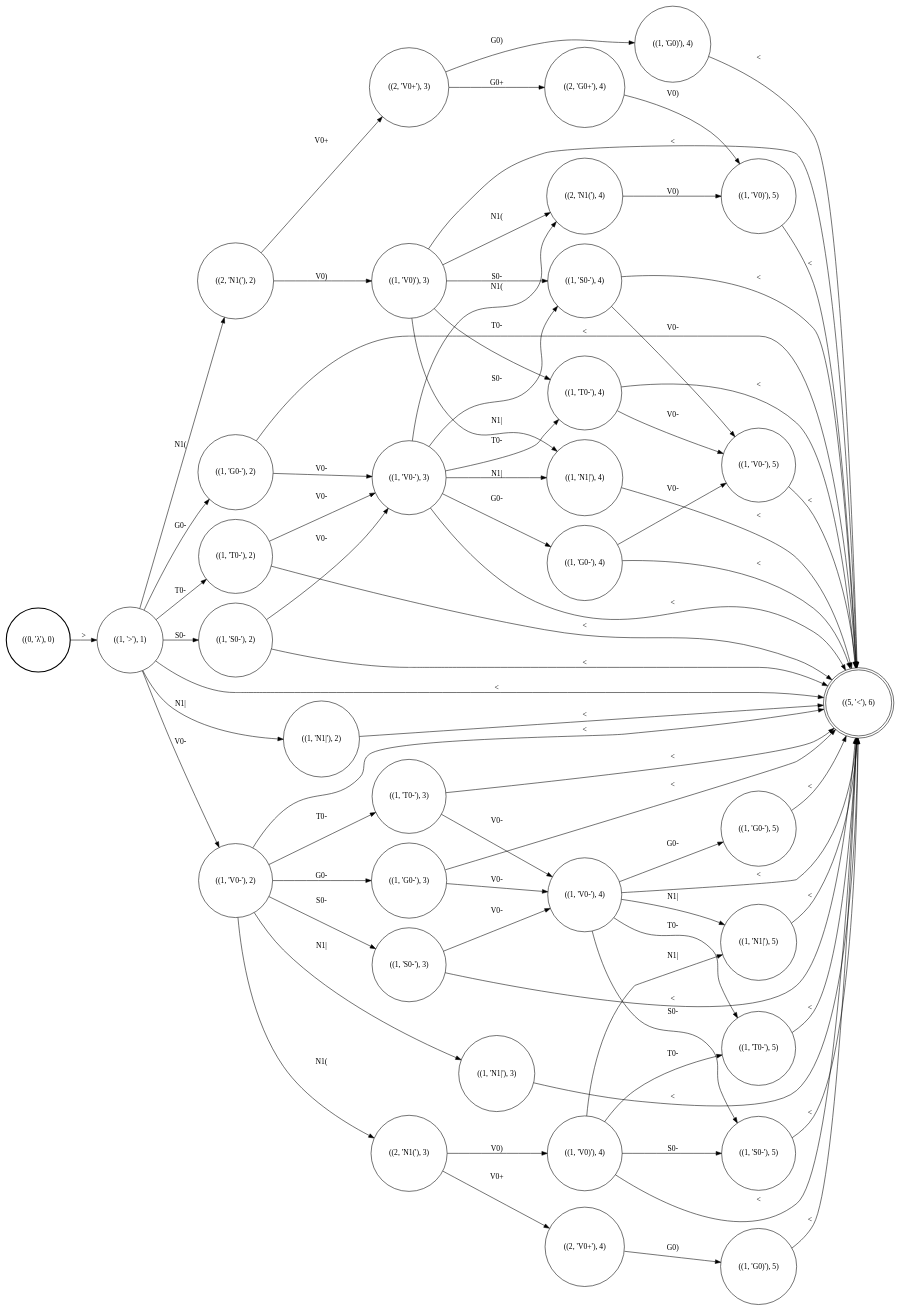
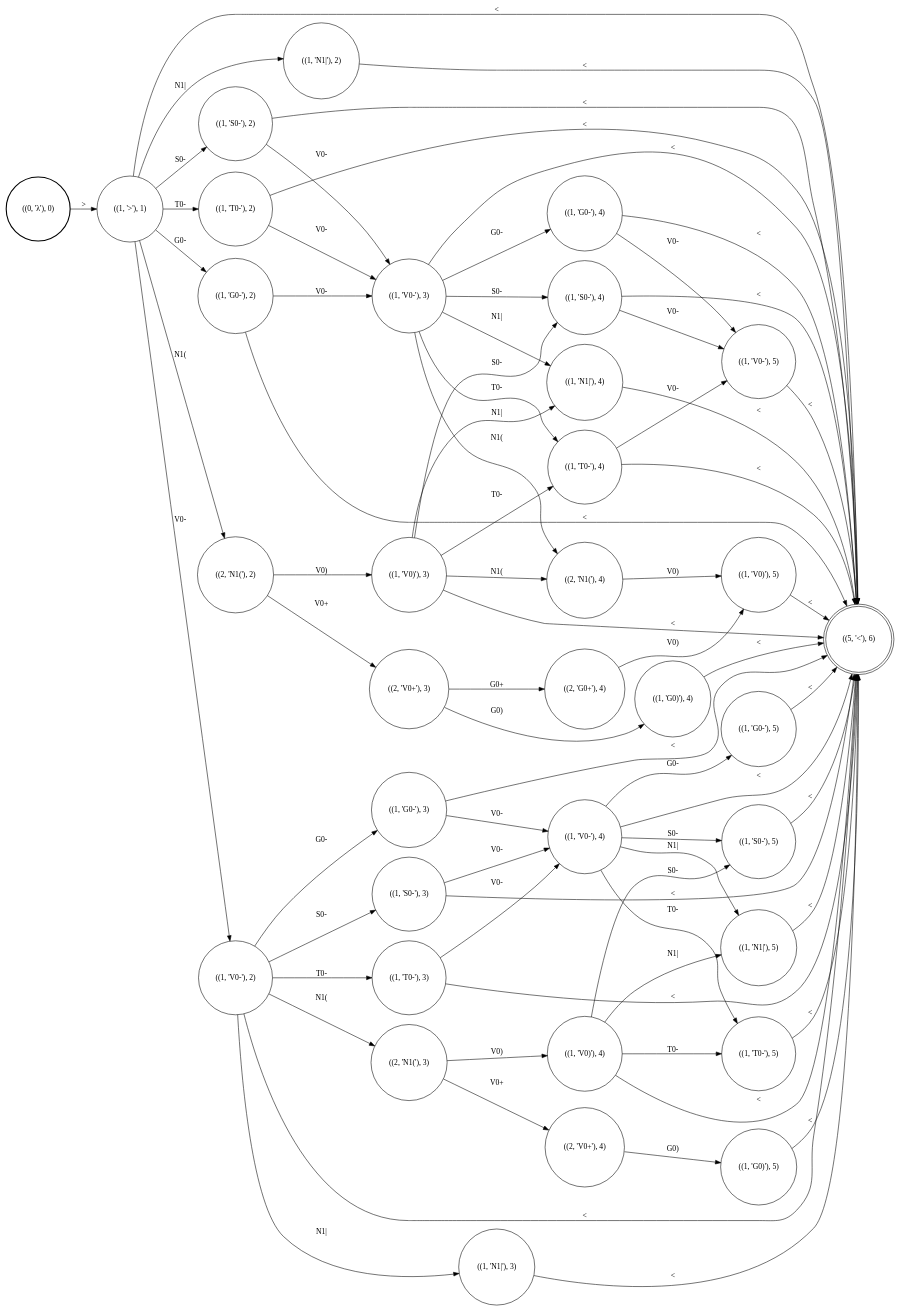
Before and after one commit to colincwilson/statgram: the diagram in demo/Output_nasal.dot, drawn with Graphviz. The commit also changed 10 other files, not shown here.

```diff
--- a/demo/Output_nasal.dot
+++ b/demo/Output_nasal.dot
@@ -1,110 +1,110 @@
 digraph G {
 rankdir=LR;
 node [shape=circle]
-0 [label="((1, 'V0-'), 5)"]
-1 [label="((1, 'T0-'), 4)"]
-2 [label="((2, 'G0+'), 4)"]
-3 [label="((1, 'N1|'), 4)"]
-4 [label="((2, 'V0+'), 3)"]
-5 [label="((1, '>'), 1)"]
-6 [label="((1, 'S0-'), 5)"]
-7 [label="((1, 'G0-'), 5)"]
-8 [label="((1, 'V0)'), 4)"]
-9 [label="((2, 'N1('), 2)"]
+0 [label="((1, 'G0)'), 5)"]
+1 [shape=doublecircle label="((5, '<'), 6)"]
+2 [label="((1, 'N1|'), 4)"]
+3 [label="((1, 'T0-'), 2)"]
+4 [label="((1, 'V0-'), 3)"]
+5 [label="((1, 'S0-'), 3)"]
+6 [label="((2, 'N1('), 4)"]
+7 [label="((1, 'V0)'), 3)"]
+8 [label="((1, 'G0-'), 4)"]
+9 [label="((2, 'V0+'), 4)"]
 10 [label="((1, 'V0-'), 4)"]
-11 [label="((1, 'T0-'), 5)"]
-12 [label="((1, 'N1|'), 5)"]
-13 [label="((2, 'V0+'), 4)"]
-14 [label="((1, 'G0-'), 2)"]
-15 [label="((1, 'S0-'), 4)"]
-16 [label="((1, 'V0-'), 3)"]
-17 [label="((1, 'T0-'), 2)"]
-18 [shape=doublecircle label="((5, '<'), 6)"]
-19 [label="((1, 'V0)'), 5)"]
-20 [label="((2, 'N1('), 3)"]
-21 [label="((1, 'N1|'), 2)"]
-22 [label="((1, 'S0-'), 3)"]
-23 [label="((1, 'G0-'), 3)"]
-24 [label="((1, 'V0-'), 2)"]
-25 [label="((1, 'T0-'), 3)"]
+11 [label="((1, 'N1|'), 5)"]
+12 [label="((1, 'T0-'), 3)"]
+13 [style=bold label="((0, 'λ'), 0)"]
+14 [label="((1, 'S0-'), 4)"]
+15 [label="((1, 'G0-'), 5)"]
+16 [label="((1, 'V0-'), 5)"]
+17 [label="((1, 'N1|'), 2)"]
+18 [label="((1, 'V0)'), 4)"]
+19 [label="((1, 'S0-'), 5)"]
+20 [label="((2, 'V0+'), 3)"]
+21 [label="((1, 'G0-'), 2)"]
+22 [label="((1, 'T0-'), 4)"]
+23 [label="((1, 'N1|'), 3)"]
+24 [label="((2, 'N1('), 2)"]
+25 [label="((1, 'V0)'), 5)"]
 26 [label="((1, 'G0)'), 4)"]
-27 [label="((1, 'N1|'), 3)"]
-28 [label="((1, 'S0-'), 2)"]
-29 [label="((2, 'N1('), 4)"]
-30 [label="((1, 'G0)'), 5)"]
-31 [label="((1, 'V0)'), 3)"]
-32 [style=bold label="((0, 'λ'), 0)"]
-33 [label="((1, 'G0-'), 4)"]
-27 -> 18 [label="<"]
-20 -> 8 [label="V0)"]
-24 -> 23 [label="G0-"]
-28 -> 16 [label="V0-"]
-22 -> 18 [label="<"]
-13 -> 30 [label="G0)"]
-26 -> 18 [label="<"]
-21 -> 18 [label="<"]
-28 -> 18 [label="<"]
-24 -> 25 [label="T0-"]
-7 -> 18 [label="<"]
-10 -> 11 [label="T0-"]
-5 -> 21 [label="N1|"]
-10 -> 7 [label="G0-"]
-23 -> 18 [label="<"]
-24 -> 27 [label="N1|"]
-1 -> 18 [label="<"]
-16 -> 15 [label="S0-"]
-0 -> 18 [label="<"]
-11 -> 18 [label="<"]
-5 -> 9 [label="N1("]
-33 -> 0 [label="V0-"]
-24 -> 20 [label="N1("]
-19 -> 18 [label="<"]
-15 -> 0 [label="V0-"]
-15 -> 18 [label="<"]
-29 -> 19 [label="V0)"]
-31 -> 15 [label="S0-"]
-9 -> 4 [label="V0+"]
-8 -> 11 [label="T0-"]
-12 -> 18 [label="<"]
-5 -> 24 [label="V0-"]
-31 -> 1 [label="T0-"]
-10 -> 6 [label="S0-"]
-8 -> 6 [label="S0-"]
-25 -> 10 [label="V0-"]
-2 -> 19 [label="V0)"]
-8 -> 12 [label="N1|"]
-4 -> 26 [label="G0)"]
-22 -> 10 [label="V0-"]
+27 [label="((2, 'G0+'), 4)"]
+28 [label="((1, 'V0-'), 2)"]
+29 [label="((1, 'G0-'), 3)"]
+30 [label="((1, '>'), 1)"]
+31 [label="((1, 'S0-'), 2)"]
+32 [label="((1, 'T0-'), 5)"]
+33 [label="((2, 'N1('), 3)"]
+4 -> 6 [label="N1("]
+28 -> 12 [label="T0-"]
+32 -> 1 [label="<"]
+7 -> 14 [label="S0-"]
+31 -> 1 [label="<"]
+4 -> 1 [label="<"]
+11 -> 1 [label="<"]
+7 -> 6 [label="N1("]
+19 -> 1 [label="<"]
+15 -> 1 [label="<"]
+4 -> 14 [label="S0-"]
+7 -> 2 [label="N1|"]
+30 -> 21 [label="G0-"]
+28 -> 29 [label="G0-"]
+22 -> 16 [label="V0-"]
+12 -> 1 [label="<"]
+10 -> 15 [label="G0-"]
+28 -> 33 [label="N1("]
+16 -> 1 [label="<"]
 14 -> 16 [label="V0-"]
-3 -> 18 [label="<"]
-6 -> 18 [label="<"]
-5 -> 17 [label="T0-"]
-10 -> 12 [label="N1|"]
-24 -> 22 [label="S0-"]
-16 -> 18 [label="<"]
-33 -> 18 [label="<"]
-17 -> 18 [label="<"]
-16 -> 29 [label="N1("]
-31 -> 3 [label="N1|"]
-24 -> 18 [label="<"]
-20 -> 13 [label="V0+"]
-25 -> 18 [label="<"]
-23 -> 10 [label="V0-"]
-17 -> 16 [label="V0-"]
-4 -> 2 [label="G0+"]
-8 -> 18 [label="<"]
-16 -> 3 [label="N1|"]
-9 -> 31 [label="V0)"]
-14 -> 18 [label="<"]
-30 -> 18 [label="<"]
-32 -> 5 [label=">"]
-16 -> 33 [label="G0-"]
-16 -> 1 [label="T0-"]
-5 -> 18 [label="<"]
-5 -> 28 [label="S0-"]
-5 -> 14 [label="G0-"]
-31 -> 29 [label="N1("]
-31 -> 18 [label="<"]
-1 -> 0 [label="V0-"]
-10 -> 18 [label="<"]
+18 -> 11 [label="N1|"]
+8 -> 16 [label="V0-"]
+17 -> 1 [label="<"]
+28 -> 5 [label="S0-"]
+30 -> 31 [label="S0-"]
+29 -> 10 [label="V0-"]
+12 -> 10 [label="V0-"]
+21 -> 1 [label="<"]
+4 -> 8 [label="G0-"]
+9 -> 0 [label="G0)"]
+5 -> 10 [label="V0-"]
+10 -> 32 [label="T0-"]
+20 -> 27 [label="G0+"]
+28 -> 23 [label="N1|"]
+31 -> 4 [label="V0-"]
+2 -> 1 [label="<"]
+30 -> 3 [label="T0-"]
+18 -> 32 [label="T0-"]
+23 -> 1 [label="<"]
+7 -> 22 [label="T0-"]
+8 -> 1 [label="<"]
+26 -> 1 [label="<"]
+3 -> 4 [label="V0-"]
+29 -> 1 [label="<"]
+30 -> 1 [label="<"]
+25 -> 1 [label="<"]
+27 -> 25 [label="V0)"]
+10 -> 11 [label="N1|"]
+20 -> 26 [label="G0)"]
+30 -> 28 [label="V0-"]
+4 -> 2 [label="N1|"]
+21 -> 4 [label="V0-"]
+33 -> 18 [label="V0)"]
+5 -> 1 [label="<"]
+0 -> 1 [label="<"]
+30 -> 24 [label="N1("]
+33 -> 9 [label="V0+"]
+13 -> 30 [label=">"]
+22 -> 1 [label="<"]
+4 -> 22 [label="T0-"]
+24 -> 20 [label="V0+"]
+24 -> 7 [label="V0)"]
+18 -> 19 [label="S0-"]
+28 -> 1 [label="<"]
+6 -> 25 [label="V0)"]
+3 -> 1 [label="<"]
+10 -> 19 [label="S0-"]
+14 -> 1 [label="<"]
+30 -> 17 [label="N1|"]
+18 -> 1 [label="<"]
+10 -> 1 [label="<"]
+7 -> 1 [label="<"]
 }
```
